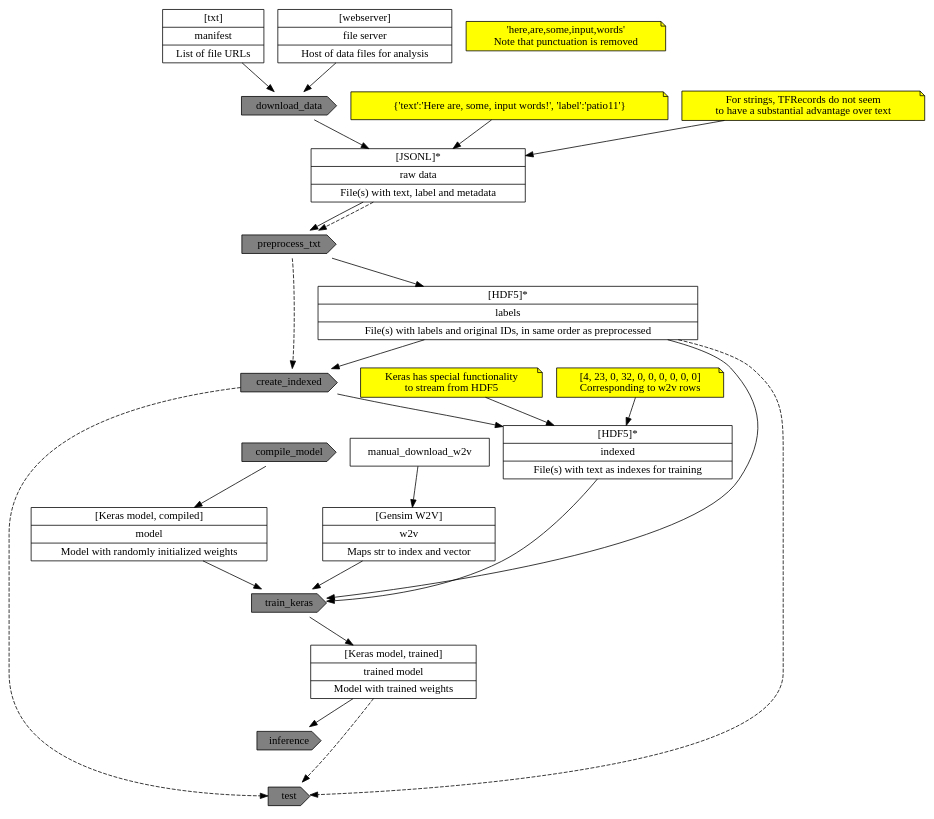
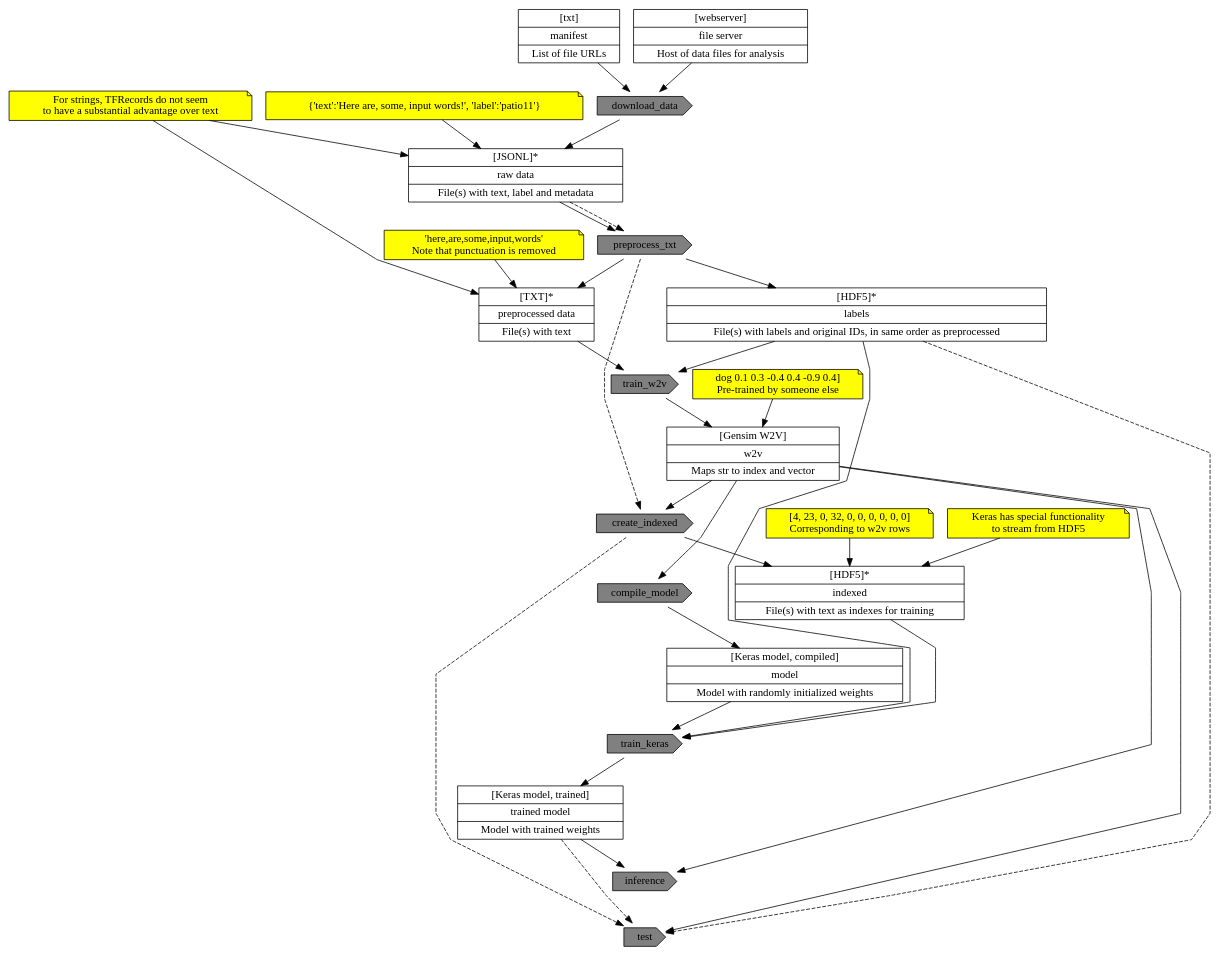
The diagram in simple_keras.dot (matthewwritter/keras_sandbox01), drawn with Graphviz before and after one commit. The commit also changed 6 other files, not shown here.

```diff
--- a/simple_keras.dot
+++ b/simple_keras.dot
@@ -1,42 +1,45 @@
 digraph G {
-
+splines=polyline
 node [shape=cds style=filled fillcolor=gray]
 
-download_data -> preprocess_txt -> create_indexed -> compile_model -> train_keras -> inference -> test [weight=100 style="invis"]
+# Main flow
+download_data -> preprocess_txt -> train_w2v -> create_indexed -> compile_model -> train_keras -> inference -> test [weight=100 style="invis"]
 
 
 
 # w2v wants list of prestrings
 
 node [shape=record fillcolor=white]
 manifest [label="{[txt]|manifest|List of file URLs}"]
 server [label="{[webserver]|file server|Host of data files for analysis}"]
 downloaded [label="{[JSONL]*|raw data|File(s) with text, label and metadata}"]
+preprocessed [label="{[TXT]*|preprocessed data|File(s) with text}"]
 labels [label="{[HDF5]*|labels|File(s) with labels and original IDs, in same order as preprocessed}"]
 w2v [label="{[Gensim W2V]|w2v|Maps str to index and vector}"]
 indexed [label="{[HDF5]*|indexed|File(s) with text as indexes for training}"]
 model [label="{[Keras model, compiled]|model|Model with randomly initialized weights}"]
 model_trained [label="{[Keras model, trained]|trained model|Model with trained weights}"]
 
-{manifest server} -> download_data -> downloaded -> preprocess_txt -> {labels} -> create_indexed -> indexed [weight=50]
+{manifest server} -> download_data -> downloaded -> preprocess_txt -> {preprocessed labels} -> train_w2v -> w2v -> create_indexed -> indexed [weight=50]
 compile_model -> model
-manual_download_w2v -> w2v
-{indexed labels w2v model} -> train_keras -> model_trained -> inference
-
-
+w2v -> {compile_model inference test }
+{indexed labels model} -> train_keras -> model_trained -> inference
 
 node [shape=note style=filled fillcolor=yellow]
 note01 [label="For strings, TFRecords do not seem\nto have a substantial advantage over text"]
 #note02 [label="'Here are input words'"]
 note02 [label="{'text':'Here are, some, input words!', 'label':'patio11'}"]
 note03 [label="'here,are,some,input,words'\nNote that punctuation is removed"]
 note04 [label="[4, 23, 0, 32, 0, 0, 0, 0, 0, 0]\nCorresponding to w2v rows"]
 note05 [label="Keras has special functionality\nto stream from HDF5"]
+note06 [label="dog 0.1 0.3 -0.4 0.4 -0.9 0.4]\nPre-trained by someone else"]
 {note01 note02} -> downloaded
+{note01 note03} -> preprocessed
 {note04 note05} -> indexed
+note06 -> w2v
 
 
 # {node [shape=cds style=dotted color=black] preprocess_txt_dotted create_indexed_dotted}
 downloaded -> preprocess_txt -> create_indexed -> test [style=dashed weight=1]
 {model_trained, labels} -> test [style=dashed weight=1]
 }
```
